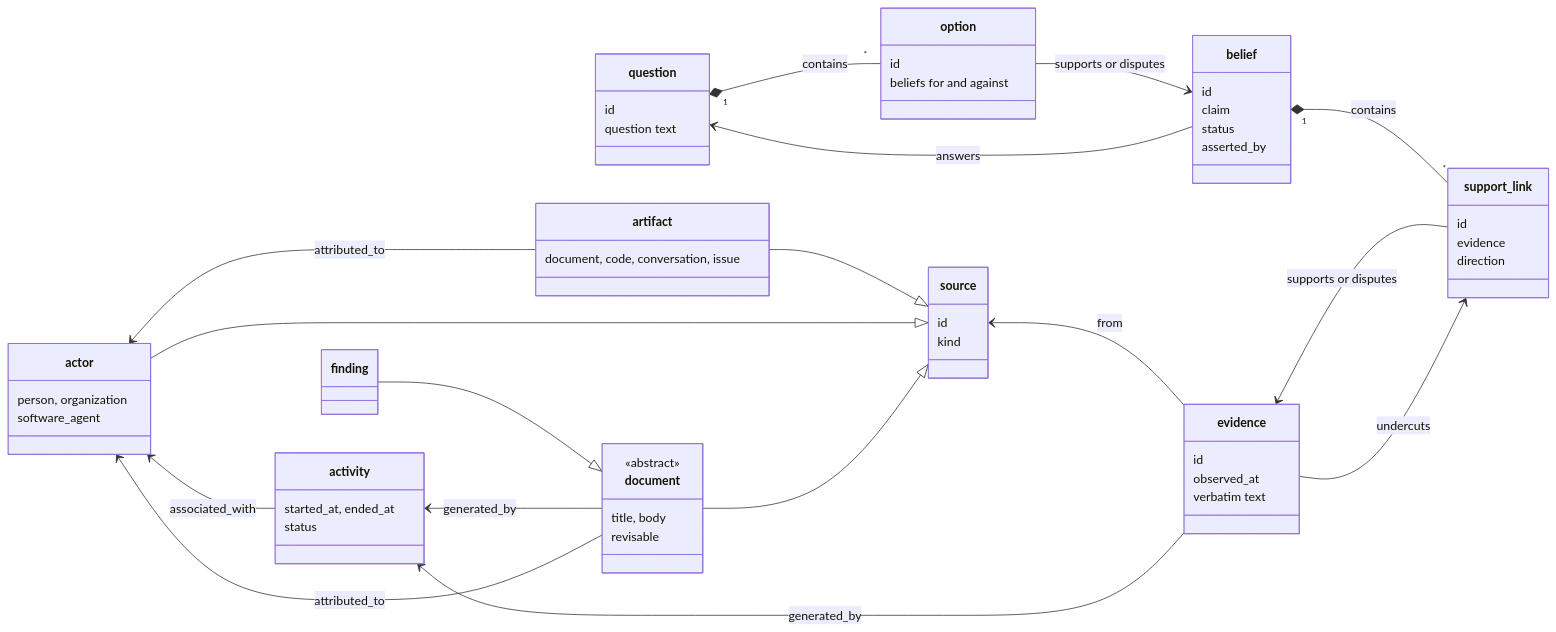
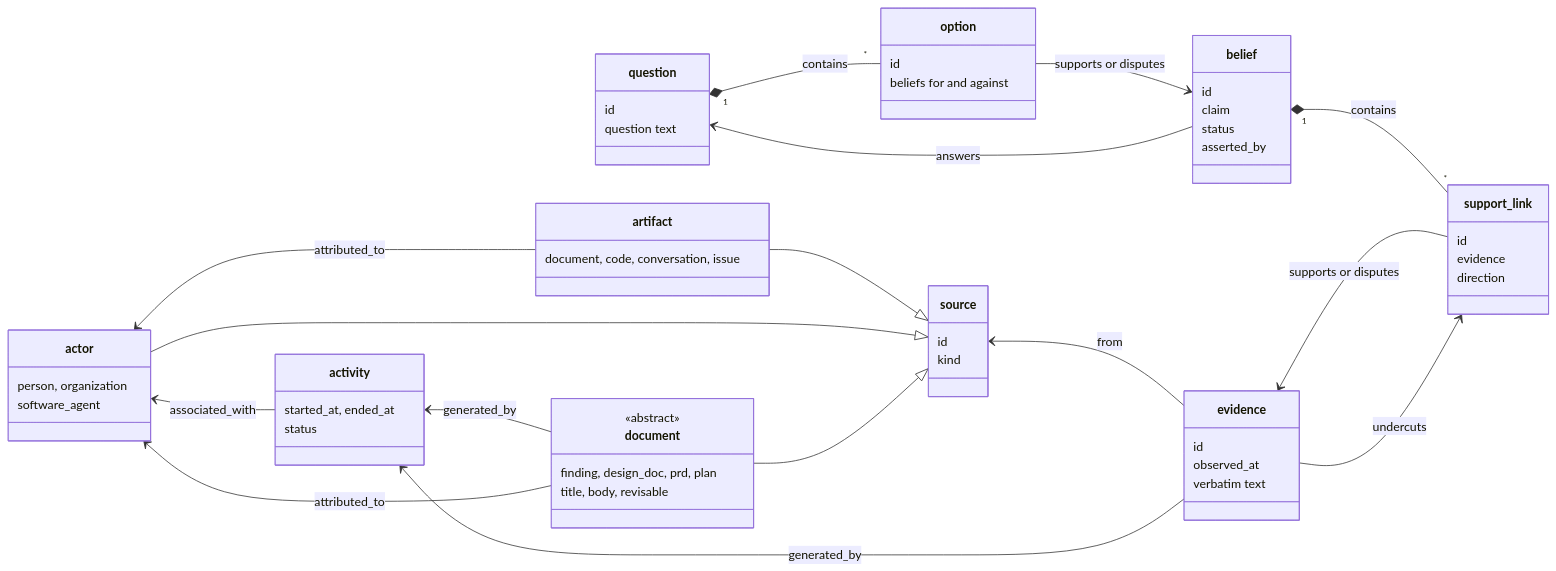
One commit to andycondon/loremason changed the second of 5 diagrams in docs/context-graph/01-model.md. Above: the diagram before and after it, drawn with Mermaid.

Commit message:
Design: the knowing-layer diagram lists document types in the box, like actor's kinds

````diff
--- a/docs/context-graph/01-model.md
+++ b/docs/context-graph/01-model.md
@@ -76,65 +76,63 @@
 ```mermaid
 classDiagram
   direction LR
   class question {
     id
     question text
   }
   class option {
     id
     beliefs for and against
   }
   class belief {
     id
     claim
     status
     asserted_by
   }
   class support_link {
     id
     evidence
     direction
   }
   class evidence {
     id
     observed_at
     verbatim text
   }
   class source {
     id
     kind
   }
   class actor {
     person, organization
     software_agent
   }
   class activity {
     started_at, ended_at
     status
   }
   class artifact {
     document, code, conversation, issue
   }
   class document {
     <<abstract>>
-    title, body
-    revisable
+    finding, design_doc, prd, plan
+    title, body, revisable
   }
-  class finding
   question "1" *-- "*" option : contains
   option --> belief : supports or disputes
   belief --> question : answers
   belief "1" *-- "*" support_link : contains
   evidence <-- support_link : supports or disputes
   evidence --> support_link : undercuts
   source <-- evidence : from
   artifact --|> source
   actor --|> source
   document --|> source
-  finding --|> document
   actor <-- artifact : attributed_to
   activity <-- evidence : generated_by
   activity <-- document : generated_by
   actor <-- document : attributed_to
   actor <-- activity : associated_with
 ```
````
